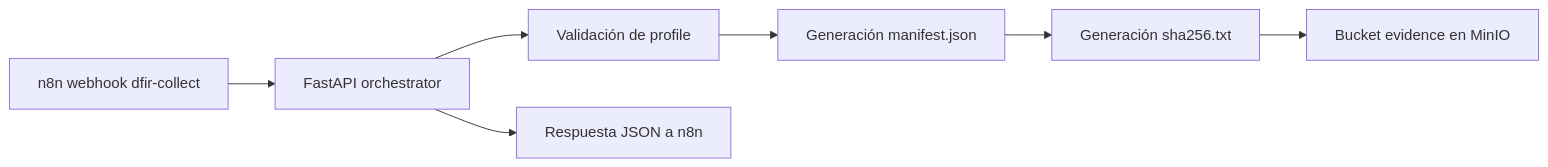
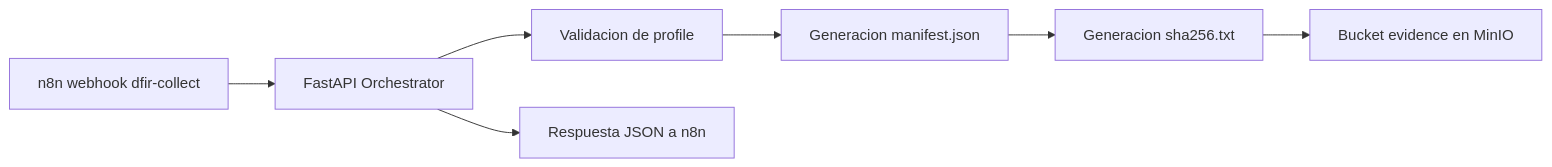
The diagram in fase5-orchestrator-api/README.md (jluisreyvargas/tfm-alerta-temprana-oob), drawn with Mermaid before and after one commit. The commit also changed other lines of this file, not shown here.

Commit message:
Updates README.md Fase 5 Orchestrator

````diff
--- a/fase5-orchestrator-api/README.md
+++ b/fase5-orchestrator-api/README.md
@@ -33,9 +36,9 @@
 ```mermaid
 flowchart LR
-  N8N[n8n webhook dfir-collect] --> API[FastAPI orchestrator]
-  API --> VAL[Validación de profile]
-  VAL --> MAN[Generación manifest.json]
-  MAN --> HASH[Generación sha256.txt]
+  N8N[n8n webhook dfir-collect] --> API[FastAPI Orchestrator]
+  API --> VAL[Validacion de profile]
+  VAL --> MAN[Generacion manifest.json]
+  MAN --> HASH[Generacion sha256.txt]
   HASH --> MINIO[Bucket evidence en MinIO]
   API --> RESP[Respuesta JSON a n8n]
 ```
````
